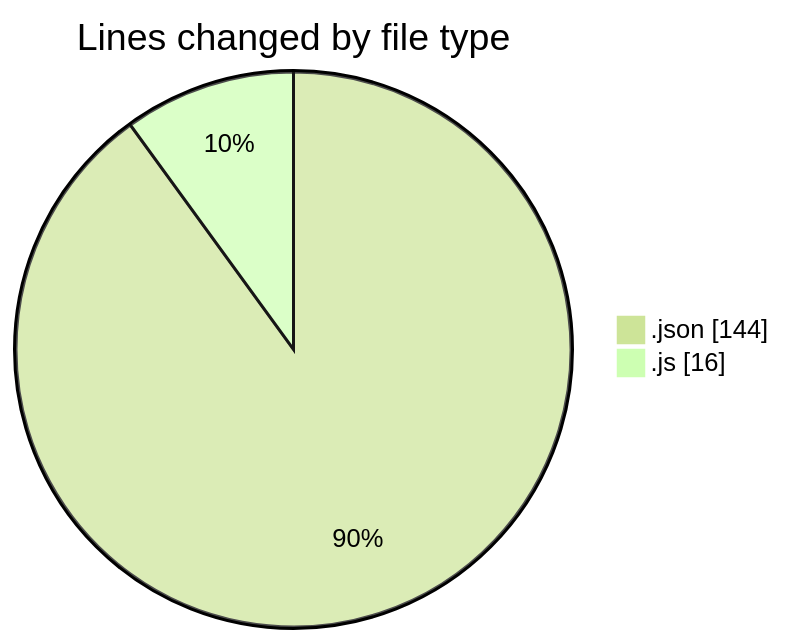
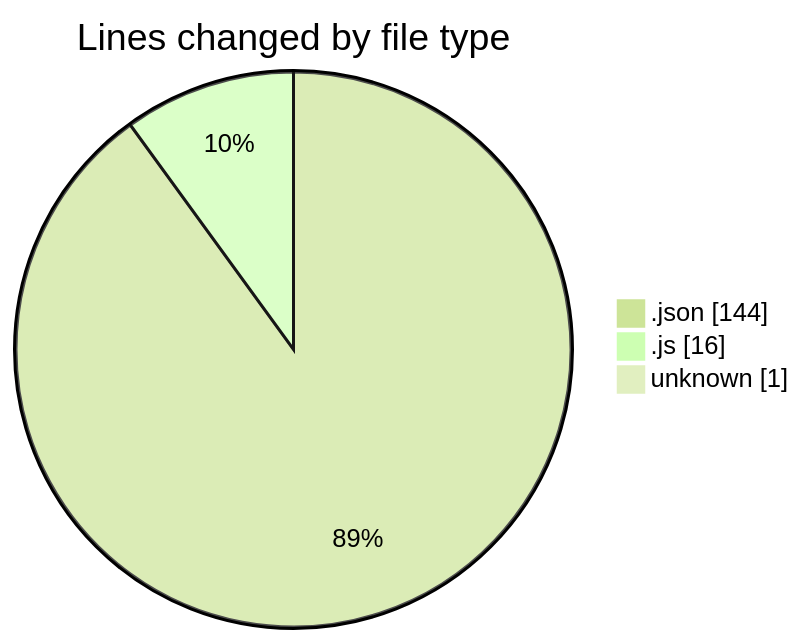
One commit to Elitesun/code-tracking changed the first of 2 diagrams in 2025-03-09/fakeme/README.md. Above: the diagram before and after it, drawn with Mermaid (forest theme). The commit also changed other lines of this file and 1 other file, not shown here.

````diff
--- a/2025-03-09/fakeme/README.md
+++ b/2025-03-09/fakeme/README.md
@@ -23,6 +24,7 @@
 ```mermaid
 pie showData
 title Lines changed by file type
 ".json" : 144
 ".js" : 16
+"unknown" : 1
 ```
````
